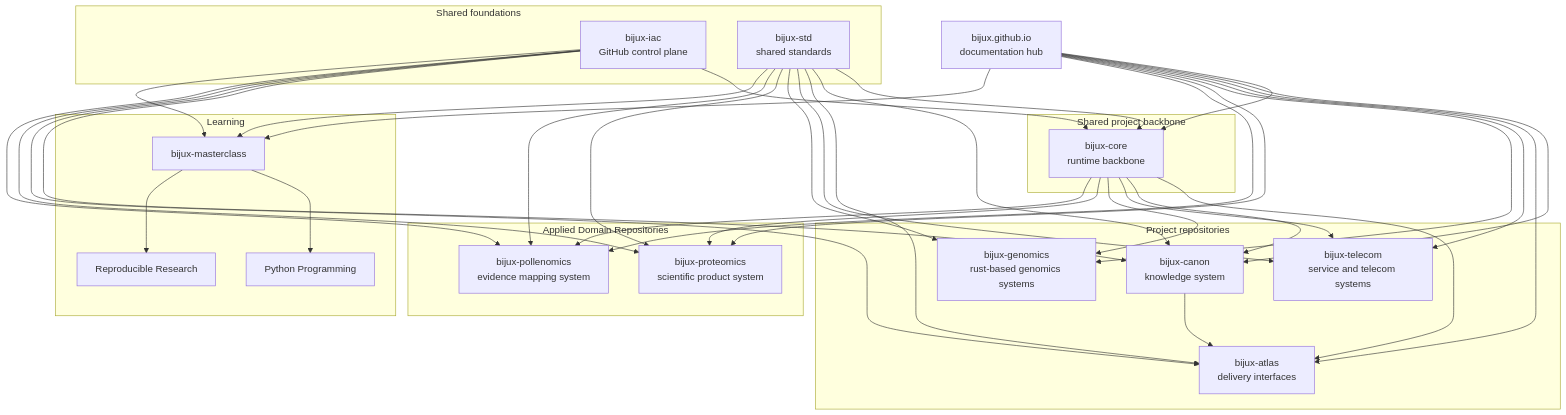
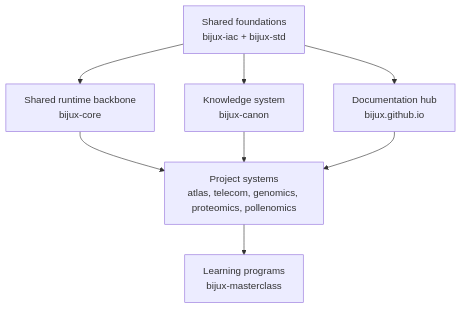
Before and after one commit to bijux/bijux.github.io: the first of 2 diagrams in docs/index.md, drawn with Mermaid. The commit also changed other lines of this file, not shown here.

Commit message:
docs(home): simplify the hub diagrams and framing

````diff
--- a/docs/index.md
+++ b/docs/index.md
@@ -98,63 +98,10 @@
 ```mermaid
 graph TD
-    subgraph shared["Shared foundations"]
-        iac["bijux-iac<br/>GitHub control plane"]
-        std["bijux-std<br/>shared standards"]
-    end
-
-    hub["bijux.github.io<br/>documentation hub"]
-
-    subgraph backbone["Shared project backbone"]
-        core["bijux-core<br/>runtime backbone"]
-    end
-
-    subgraph systems["Project repositories"]
-        canon["bijux-canon<br/>knowledge system"]
-        atlas["bijux-atlas<br/>delivery interfaces"]
-        telecom["bijux-telecom<br/>service and telecom systems"]
-        genomics["bijux-genomics<br/>rust-based genomics systems"]
-    end
-
-    subgraph domains["Applied Domain Repositories"]
-        proteomics["bijux-proteomics<br/>scientific product system"]
-        pollenomics["bijux-pollenomics<br/>evidence mapping system"]
-    end
-
-    subgraph learning["Learning"]
-        masterclass["bijux-masterclass"]
-        python["Python Programming"]
-        reproducible["Reproducible Research"]
-    end
-
-    iac --> core
-    iac --> canon
-    iac --> atlas
-    iac --> proteomics
-    iac --> pollenomics
-    std --> core
-    std --> canon
-    std --> atlas
-    std --> telecom
-    std --> genomics
-    std --> proteomics
-    std --> pollenomics
-    hub --> core
-    hub --> canon
-    hub --> atlas
-    hub --> telecom
-    hub --> genomics
-    hub --> proteomics
-    hub --> pollenomics
-    core --> atlas
-    core --> canon
-    core --> telecom
-    core --> genomics
-    canon --> atlas
-    core --> proteomics
-    core --> pollenomics
-    std --> masterclass
-    iac --> masterclass
-    hub --> masterclass
-    masterclass --> python
-    masterclass --> reproducible
+    foundations["Shared foundations<br/>bijux-iac + bijux-std"] --> hub["Documentation hub<br/>bijux.github.io"]
+    foundations --> core["Shared runtime backbone<br/>bijux-core"]
+    foundations --> canon["Knowledge system<br/>bijux-canon"]
+    core --> projects["Project systems<br/>atlas, telecom, genomics, proteomics, pollenomics"]
+    canon --> projects
+    hub --> projects
+    projects --> learning["Learning programs<br/>bijux-masterclass"]
 ```
````
